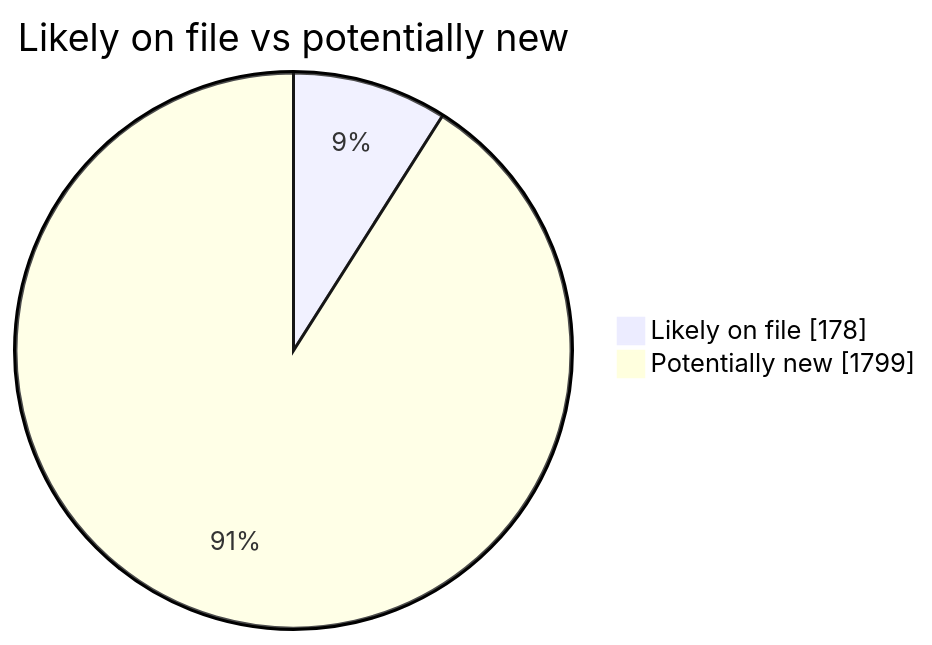
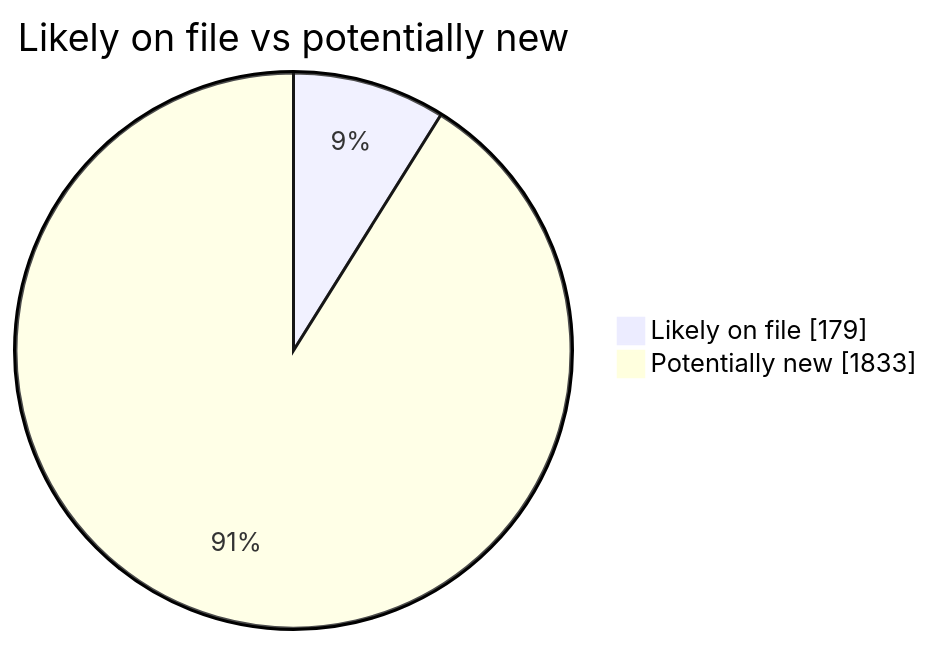
The second of 4 diagrams in README.md (martinbalfanz/social-scanner-reports), drawn with Mermaid before and after one commit. The commit also changed other lines of this file and 4 other files, not shown here.

````diff
--- a/README.md
+++ b/README.md
@@ -40,5 +40,5 @@
 ```mermaid
 pie showData title Likely on file vs potentially new
-    "Likely on file" : 178
-    "Potentially new" : 1799
+    "Likely on file" : 179
+    "Potentially new" : 1833
 ```
````
